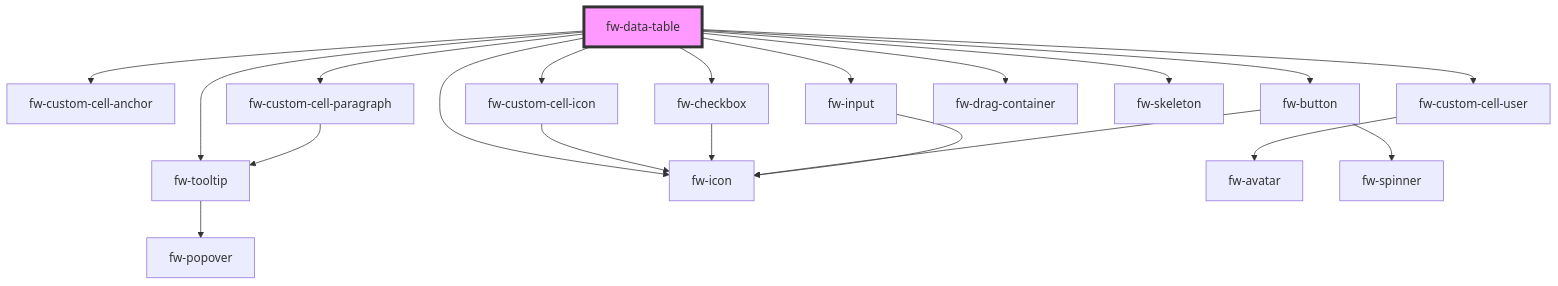
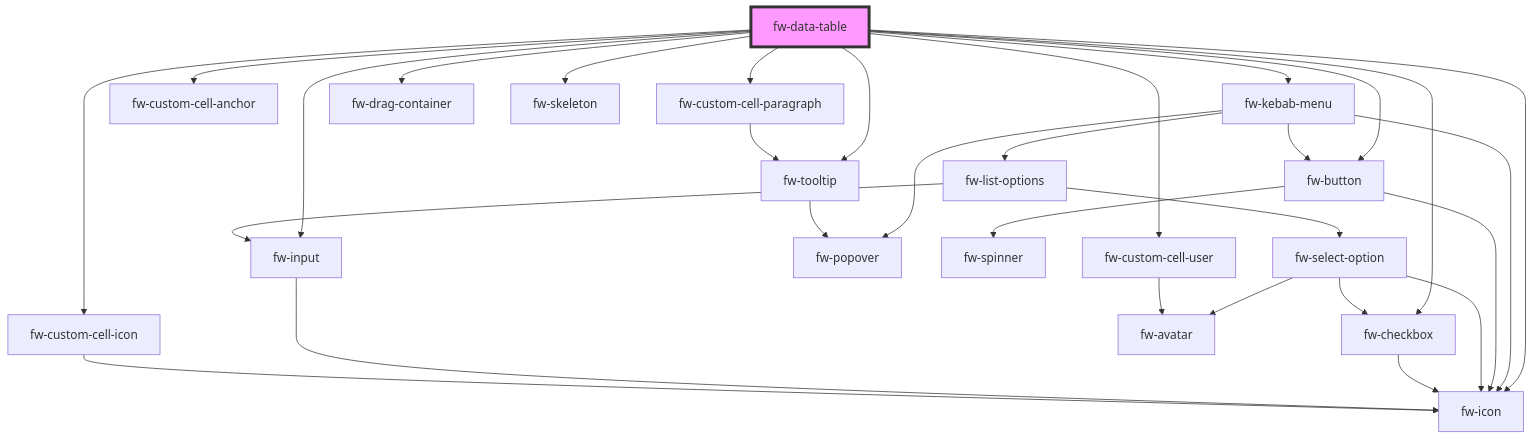
Before and after one commit to freshworks/crayons: the diagram in packages/crayons-core/src/components/data-table/readme.md, drawn with Mermaid. The commit also changed other lines of this file and 9 other files, not shown here.

Commit message:
feat: add kebab menu component, modify row actions in datatable

````diff
--- a/packages/crayons-core/src/components/data-table/readme.md
+++ b/packages/crayons-core/src/components/data-table/readme.md
@@ -2001,23 +2005,33 @@
 ```mermaid
 graph TD;
+  fw-data-table --> fw-kebab-menu
   fw-data-table --> fw-custom-cell-anchor
   fw-data-table --> fw-custom-cell-user
   fw-data-table --> fw-custom-cell-icon
   fw-data-table --> fw-custom-cell-paragraph
   fw-data-table --> fw-checkbox
   fw-data-table --> fw-tooltip
   fw-data-table --> fw-button
   fw-data-table --> fw-icon
   fw-data-table --> fw-input
   fw-data-table --> fw-drag-container
   fw-data-table --> fw-skeleton
+  fw-kebab-menu --> fw-popover
+  fw-kebab-menu --> fw-button
+  fw-kebab-menu --> fw-icon
+  fw-kebab-menu --> fw-list-options
+  fw-button --> fw-spinner
+  fw-button --> fw-icon
+  fw-list-options --> fw-select-option
+  fw-list-options --> fw-input
+  fw-select-option --> fw-icon
+  fw-select-option --> fw-checkbox
+  fw-select-option --> fw-avatar
+  fw-checkbox --> fw-icon
+  fw-input --> fw-icon
   fw-custom-cell-user --> fw-avatar
   fw-custom-cell-icon --> fw-icon
   fw-custom-cell-paragraph --> fw-tooltip
   fw-tooltip --> fw-popover
-  fw-checkbox --> fw-icon
-  fw-button --> fw-spinner
-  fw-button --> fw-icon
-  fw-input --> fw-icon
   style fw-data-table fill:#f9f,stroke:#333,stroke-width:4px
 ```
````
